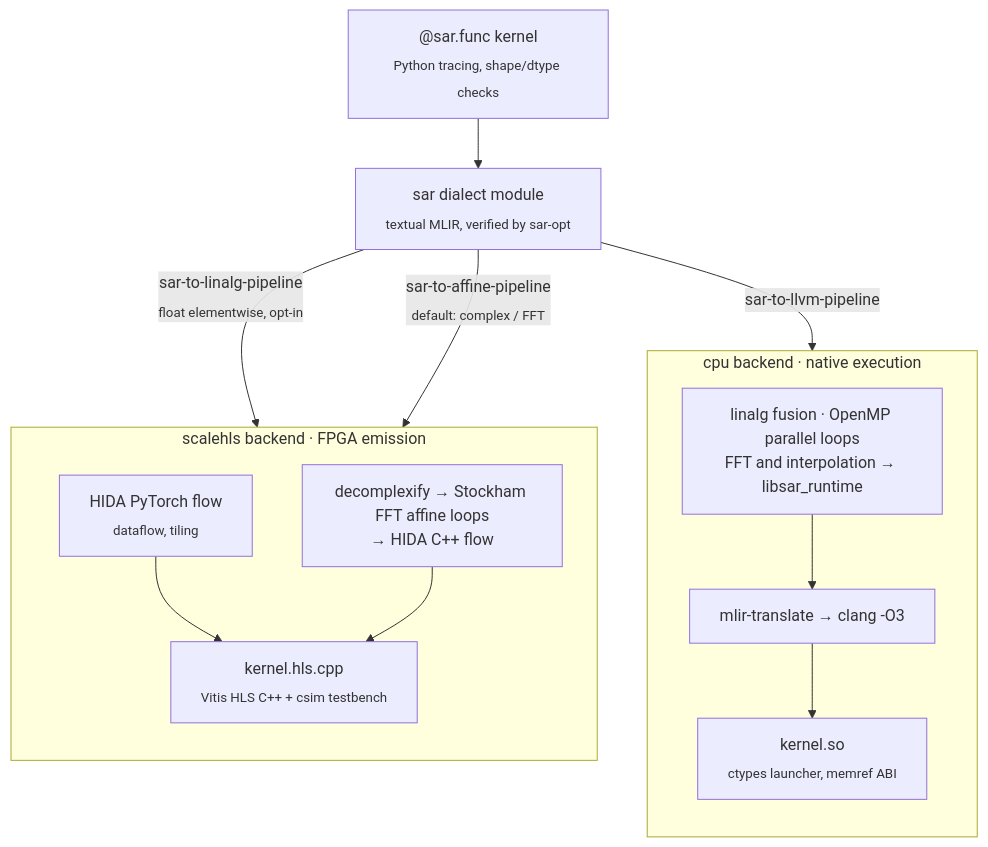
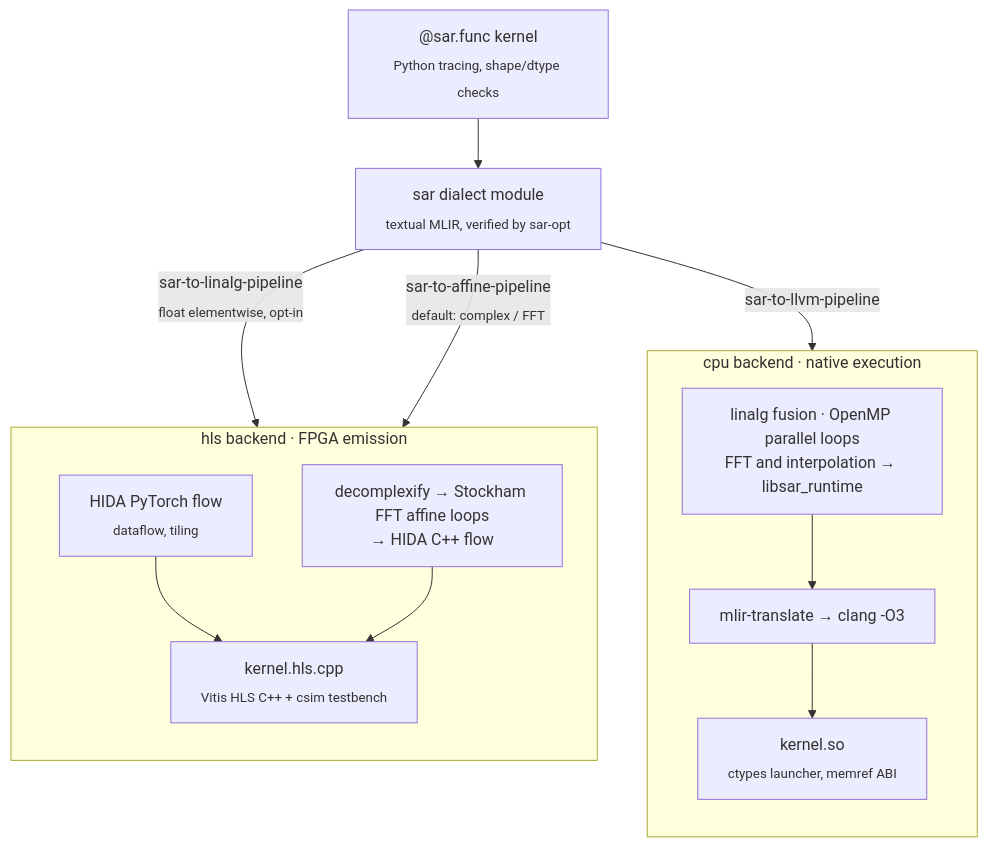
One commit to zeroherolin/sar-dsl changed the diagram in README.md. Above: the diagram before and after it, drawn with Mermaid. The commit also changed other lines of this file and 105 other files, not shown here.

First line of the commit message:
Migrate HLS backend from external submodule into lib/Dialect/HLS

````diff
--- a/README.md
+++ b/README.md
@@ -87,27 +87,27 @@
 ```mermaid
 flowchart TB
     K["@sar.func kernel<br/><sub>Python tracing, shape/dtype checks</sub>"]
     IR["sar dialect module<br/><sub>textual MLIR, verified by sar-opt</sub>"]
     K --> IR
 
     IR -- "sar-to-llvm-pipeline" --> CPU1
     IR -- "sar-to-linalg-pipeline<br/><sub>float elementwise, opt-in</sub>" --> H1
     IR -- "sar-to-affine-pipeline<br/><sub>default: complex / FFT</sub>" --> H2
 
     subgraph CPU["cpu backend · native execution"]
         direction TB
         CPU1["linalg fusion · OpenMP parallel loops<br/>FFT and interpolation → libsar_runtime"]
         CPU2["mlir-translate → clang -O3"]
         CPU3["kernel.so<br/><sub>ctypes launcher, memref ABI</sub>"]
         CPU1 --> CPU2 --> CPU3
     end
 
-    subgraph HLS["scalehls backend · FPGA emission"]
+    subgraph HLS["hls backend · FPGA emission"]
         direction TB
         H1["HIDA PyTorch flow<br/><sub>dataflow, tiling</sub>"]
         H2["decomplexify → Stockham FFT affine loops<br/>→ HIDA C++ flow"]
         H3["kernel.hls.cpp<br/><sub>Vitis HLS C++ + csim testbench</sub>"]
         H1 --> H3
         H2 --> H3
     end
 ```
````
